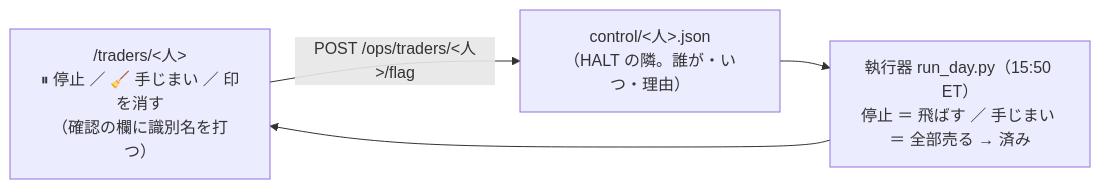
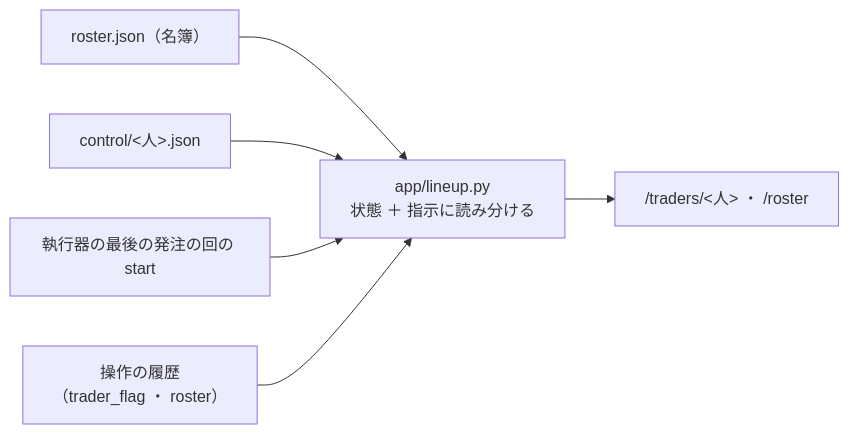
Before and after one commit to akiraak/ai-income-lab: diagram 13 of 25 in docs/specs/dashboard.md, drawn with Mermaid. The commit also changed other lines of this file and 25 other files, not shown here.

````diff
--- a/docs/specs/dashboard.md
+++ b/docs/specs/dashboard.md
@@ -643,6 +659,8 @@
 ```mermaid
 flowchart LR
-  P["/traders/&lt;人&gt;<br/>⏸ 停止 ／ 🧹 手じまい ／ 印を消す<br/>（確認の欄に識別名を打つ）"] -->|"POST /ops/traders/&lt;人&gt;/flag"| F["control/&lt;人&gt;.json<br/>（HALT の隣。誰が・いつ・理由）"]
-  F --> R["執行器 run_day.py（15:50 ET）<br/>停止 ＝ 飛ばす ／ 手じまい ＝ 全部売る → 済み"]
-  R --> P
+  R["roster.json（名簿）"] --> L["app/lineup.py<br/>状態 ＋ 指示に読み分ける"]
+  C["control/&lt;人&gt;.json"] --> L
+  S["執行器の最後の発注の回の start"] --> L
+  H["操作の履歴<br/>（trader_flag ・ roster）"] --> L
+  L --> V["/traders/&lt;人&gt; ・ /roster"]
 ```
````
